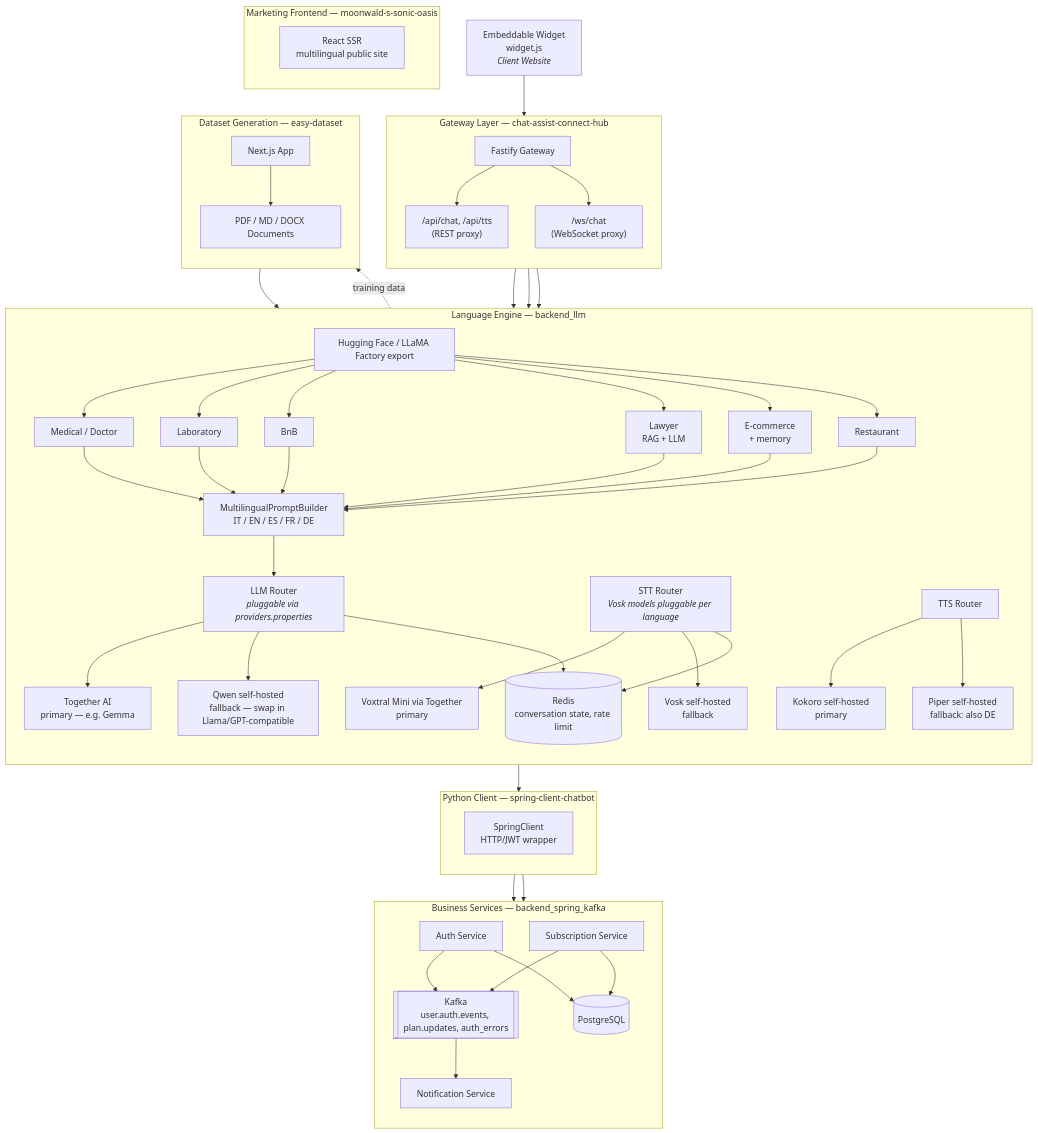
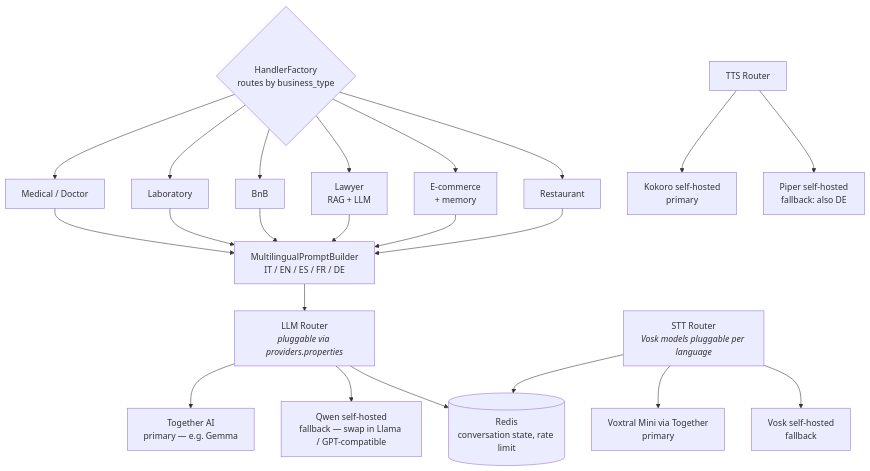
Before and after one commit to cloud-fullstack/architecture: the second of 2 diagrams in README.md, drawn with Mermaid.

````diff
--- a/README.md
+++ b/README.md
@@ -14,88 +55,37 @@
 ```mermaid
 graph TB
-    W[Embeddable Widget<br/>widget.js<br/><i>Client Website</i>]
+    HF{HandlerFactory<br/>routes by business_type}
 
-    W --> GW
+    HF --> H1[Medical / Doctor]
+    HF --> H2[Laboratory]
+    HF --> H3[BnB]
+    HF --> H4[Lawyer<br/>RAG + LLM]
+    HF --> H5[E-commerce<br/>+ memory]
+    HF --> H6[Restaurant]
 
-    subgraph GATEWAY [" Gateway Layer — chat-assist-connect-hub "]
-        direction TB
-        GW[Fastify Gateway]
-        GW --> API["/api/chat, /api/tts<br/>(REST proxy)"]
-        GW --> WS["/ws/chat<br/>(WebSocket proxy)"]
-    end
+    H1 --> MPB
+    H2 --> MPB
+    H3 --> MPB
+    H4 --> MPB
+    H5 --> MPB
+    H6 --> MPB
 
-    GW --> HF
-    GW --> STTR
-    GW --> TTSR
+    MPB[MultilingualPromptBuilder<br/>IT / EN / ES / FR / DE]
+    MPB --> LLMR
 
-    subgraph ENGINE [" Language Engine — backend_llm "]
-        direction TB
+    LLMR[LLM Router<br/><i>pluggable via providers.properties</i>]
+    LLMR --> LLMP1[Together AI<br/>primary — e.g. Gemma]
+    LLMR --> LLMP2[Qwen self-hosted<br/>fallback — swap in Llama / GPT-compatible]
+    LLMR --> REDIS
 
-        HF{HandlerFactory<br/>routes by business_type}
-        HF --> H1[Medical / Doctor]
-        HF --> H2[Laboratory]
-        HF --> H3[BnB]
-        HF --> H4[Lawyer<br/>RAG + LLM]
-        HF --> H5[E-commerce<br/>+ memory]
-        HF --> H6[Restaurant]
+    STTR[STT Router<br/><i>Vosk models pluggable per language</i>]
+    STTR --> STTP1[Voxtral Mini via Together<br/>primary]
+    STTR --> STTP2[Vosk self-hosted<br/>fallback]
+    STTR --> REDIS
 
-        H1 & H2 & H3 & H4 & H5 & H6 --> MPB[MultilingualPromptBuilder<br/>IT / EN / ES / FR / DE]
+    TTSR[TTS Router]
+    TTSR --> TTSP1[Kokoro self-hosted<br/>primary]
+    TTSR --> TTSP2[Piper self-hosted<br/>fallback: also DE]
 
-        MPB --> LLMR
-
-        LLMR[LLM Router<br/><i>pluggable via providers.properties</i>]
-        LLMR --> LLMP1[Together AI<br/>primary — e.g. Gemma]
-        LLMR --> LLMP2[Qwen self-hosted<br/>fallback — swap in Llama/GPT-compatible]
-
-        STTR[STT Router<br/><i>Vosk models pluggable per language</i>]
-        STTR --> STTP1[Voxtral Mini via Together<br/>primary]
-        STTR --> STTP2[Vosk self-hosted<br/>fallback]
-
-        TTSR[TTS Router]
-        TTSR --> TTSP1[Kokoro self-hosted<br/>primary]
-        TTSR --> TTSP2[Piper self-hosted<br/>fallback: also DE]
-
-        REDIS[(Redis<br/>conversation state, rate limit)]
-        LLMR --> REDIS
-        STTR --> REDIS
-    end
-
-    LLMR --> SPC
-
-    subgraph PYCLIENT [" Python Client — spring-client-chatbot "]
-        direction TB
-        SPC[SpringClient<br/>HTTP/JWT wrapper]
-    end
-
-    SPC --> AUTH
-    SPC --> SUB
-
-    subgraph BUSINESS [" Business Services — backend_spring_kafka "]
-        direction TB
-        AUTH[Auth Service]
-        SUB[Subscription Service]
-        NOTIF[Notification Service]
-        KAFKA[[Kafka<br/>user.auth.events, plan.updates, auth_errors]]
-        PG[(PostgreSQL)]
-
-        AUTH --> KAFKA
-        SUB --> KAFKA
-        KAFKA --> NOTIF
-        AUTH --> PG
-        SUB --> PG
-    end
-
-    LLMP2 -.->|training data| ED
-
-    subgraph DATASET [" Dataset Generation — easy-dataset "]
-        direction TB
-        ED[Next.js App]
-        ED --> DOC[PDF / MD / DOCX Documents]
-        ED --> HF[Hugging Face / LLaMA Factory export]
-    end
-
-    subgraph MARKETING [" Marketing Frontend — moonwald-s-sonic-oasis "]
-        direction TB
-        FE[React SSR<br/>multilingual public site]
-    end
+    REDIS[(Redis<br/>conversation state, rate limit)]
 ```
````
